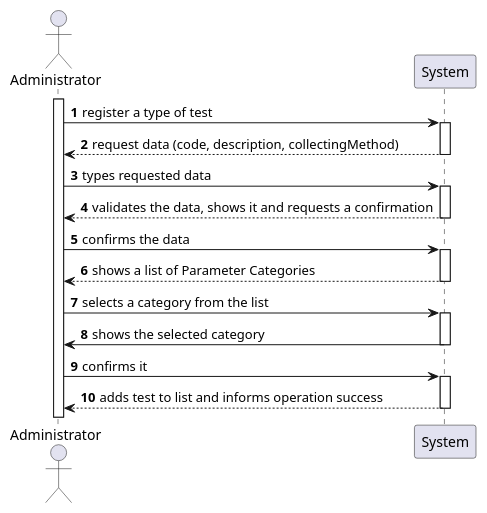
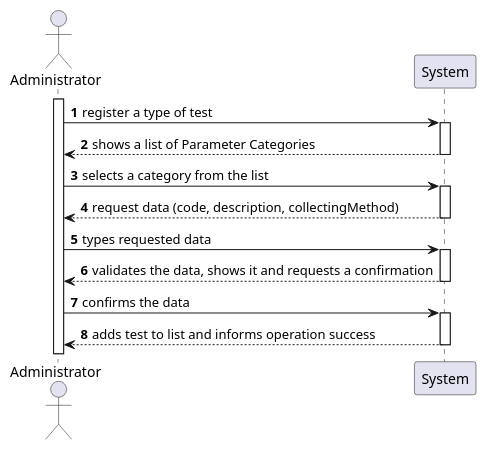
One commit to 0franciscor/lei-21-s2-1de-g19 changed the diagram in docs/SprintB/US09/US09-SSD.puml. Above: the diagram before and after it, drawn with PlantUML. The commit also changed 2 other files, not shown here.

```diff
--- a/docs/SprintB/US09/US09-SSD.puml
+++ b/docs/SprintB/US09/US09-SSD.puml
@@ -1,20 +1,22 @@
 @startuml
 'https://plantuml.com/sequence-diagram
 
 autonumber
 
 actor "Administrator" as admin
 activate admin
 
 admin -> System ++: register a type of test
+System --> admin --: shows a list of Parameter Categories
+admin -> System ++: selects a category from the list
 System -->  admin --: request data (code, description, collectingMethod)
 admin ->  System ++: types requested data
 System --> admin --: validates the data, shows it and requests a confirmation
 admin -> System ++: confirms the data
-System --> admin --: shows a list of Parameter Categories
-admin -> System ++: selects a category from the list
-System -> admin --: shows the selected category
-admin -> System ++: confirms it
+
+
+
+
 System --> admin --: adds test to list and informs operation success
 
 @enduml
```
